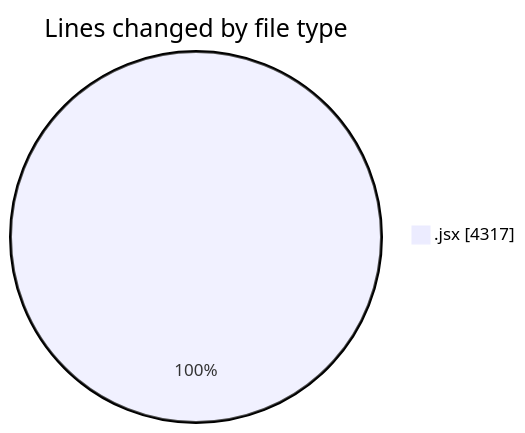
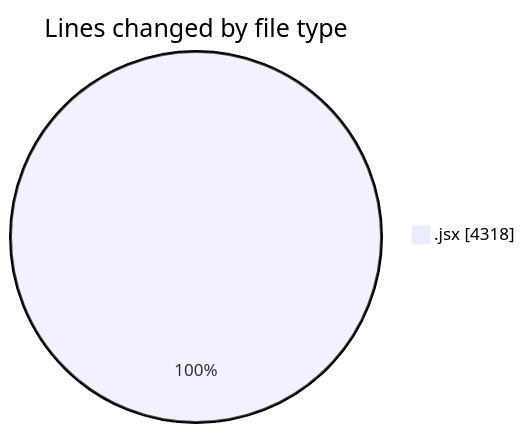
Before and after one commit to nxtqubesakshisongat/code-tracking: the first of 2 diagrams in 2025-06-02/nxtqube_webapp/README.md, drawn with Mermaid. The commit also changed other lines of this file and 1 other file, not shown here.

````diff
--- a/2025-06-02/nxtqube_webapp/README.md
+++ b/2025-06-02/nxtqube_webapp/README.md
@@ -21,5 +21,5 @@
 ```mermaid
 pie showData
 title Lines changed by file type
-".jsx" : 4317
+".jsx" : 4318
 ```
````
